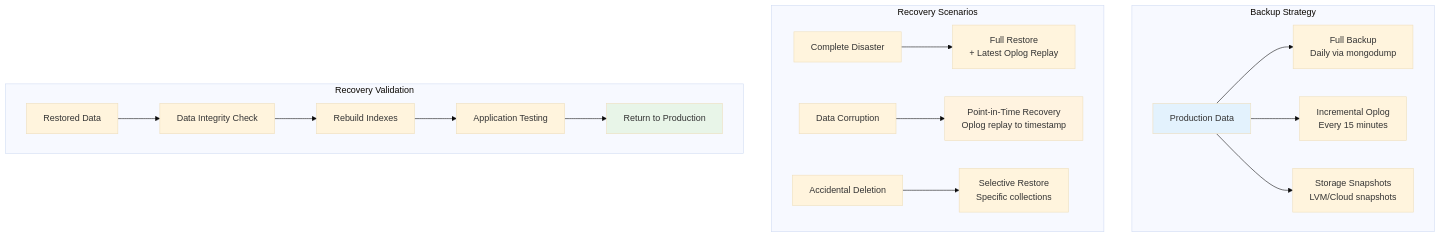
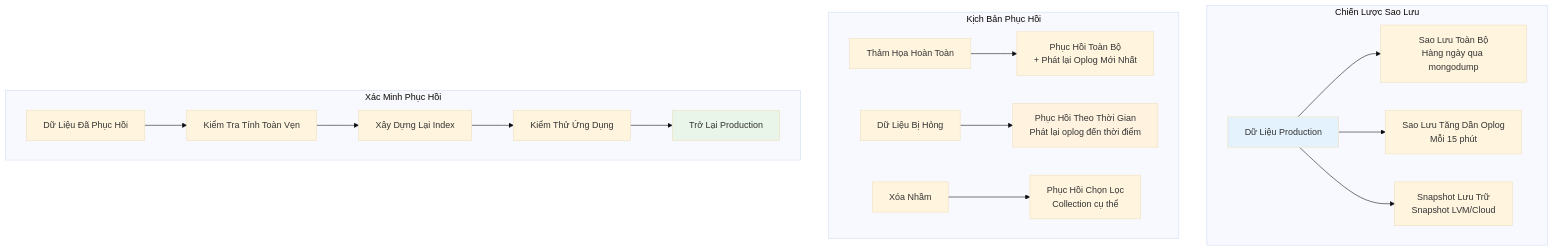
One commit to ngockhanhvd2812/DBA changed diagram 16 of 56 in DB/Mongo-Sharding/mongo-sharding-practice.md. Above: the diagram before and after it, drawn with Mermaid (base theme). The commit also changed other lines of this file, not shown here.

````diff
--- a/DB/Mongo-Sharding/mongo-sharding-practice.md
+++ b/DB/Mongo-Sharding/mongo-sharding-practice.md
@@ -386,25 +604,25 @@
 ```mermaid
 flowchart TD
-    subgraph "Backup Strategy"
-        PROD[Production Data] --> FULL["Full Backup<br/>Daily via mongodump"]
-        PROD --> OPLOG["Incremental Oplog<br/>Every 15 minutes"]
-        PROD --> SNAPSHOT["Storage Snapshots<br/>LVM/Cloud snapshots"]
+    subgraph "Chiến Lược Sao Lưu"
+        PROD[Dữ Liệu Production] --> FULL["Sao Lưu Toàn Bộ<br/>Hàng ngày qua mongodump"]
+        PROD --> OPLOG["Sao Lưu Tăng Dần Oplog<br/>Mỗi 15 phút"]
+        PROD --> SNAPSHOT["Snapshot Lưu Trữ<br/>Snapshot LVM/Cloud"]
     end
     
-    subgraph "Recovery Scenarios"
-        DISASTER["Complete Disaster"] --> FULL_RESTORE["Full Restore<br/>+ Latest Oplog Replay"]
-        CORRUPTION["Data Corruption"] --> PITR["Point-in-Time Recovery<br/>Oplog replay to timestamp"]
-        ACCIDENT["Accidental Deletion"] --> SELECTIVE["Selective Restore<br/>Specific collections"]
+    subgraph "Kịch Bản Phục Hồi"
+        DISASTER["Thảm Họa Hoàn Toàn"] --> FULL_RESTORE["Phục Hồi Toàn Bộ<br/>+ Phát lại Oplog Mới Nhất"]
+        CORRUPTION["Dữ Liệu Bị Hỏng"] --> PITR["Phục Hồi Theo Thời Gian<br/>Phát lại oplog đến thời điểm"]
+        ACCIDENT["Xóa Nhầm"] --> SELECTIVE["Phục Hồi Chọn Lọc<br/>Collection cụ thể"]
     end
     
-    subgraph "Recovery Validation"
-        RESTORE[Restored Data] --> VERIFY["Data Integrity Check"]
-        VERIFY --> INDEX["Rebuild Indexes"]
-        INDEX --> TEST["Application Testing"]
-        TEST --> PRODUCTION["Return to Production"]
+    subgraph "Xác Minh Phục Hồi"
+        RESTORE[Dữ Liệu Đã Phục Hồi] --> VERIFY["Kiểm Tra Tính Toàn Vẹn"]
+        VERIFY --> INDEX["Xây Dựng Lại Index"]
+        INDEX --> TEST["Kiểm Thử Ứng Dụng"]
+        TEST --> PRODUCTION["Trở Lại Production"]
     end
     
     style PROD fill:#e3f2fd
     style PITR fill:#fff3e0
     style PRODUCTION fill:#e8f5e8
 ```
````
